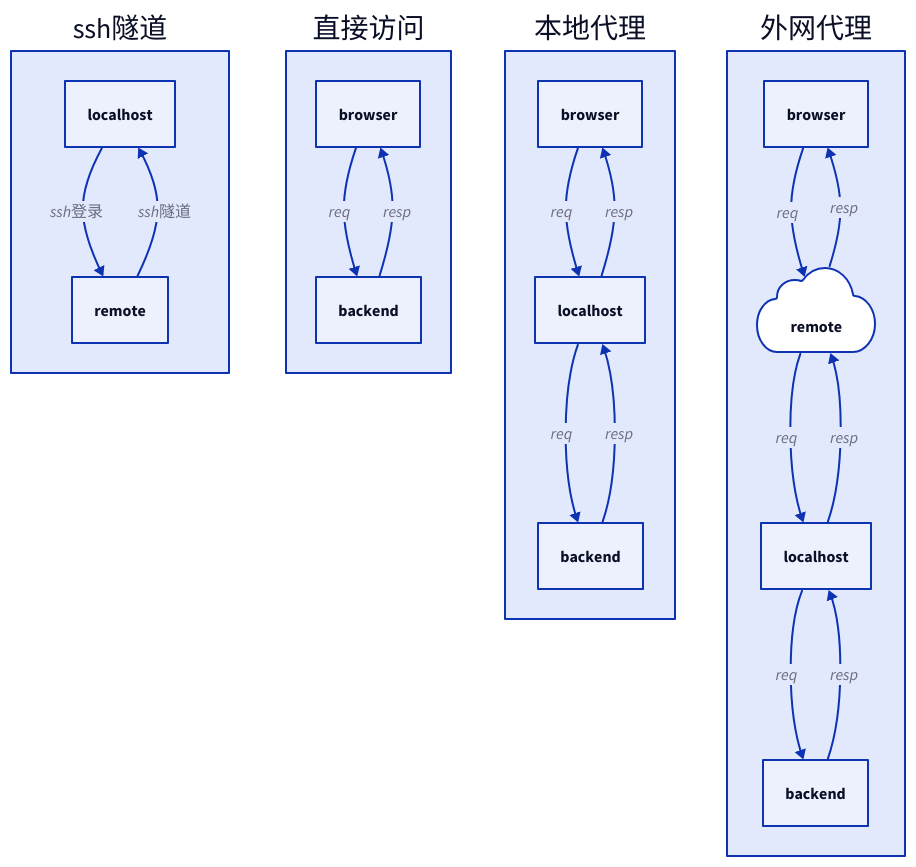
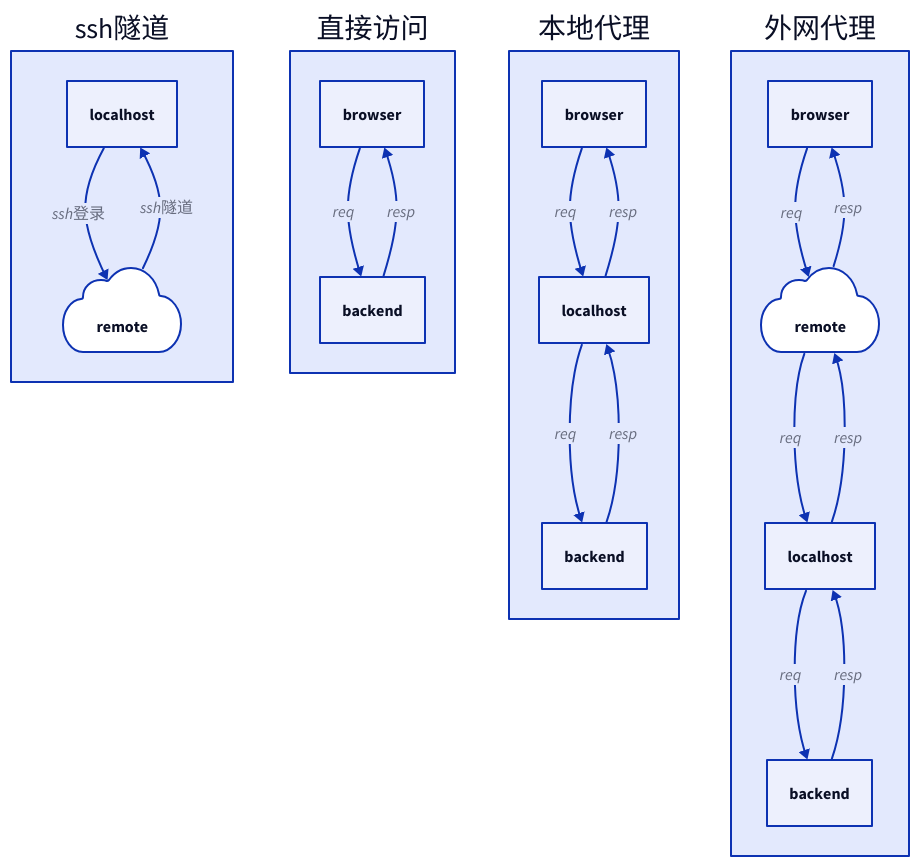
The diagram in flow.d2 (Crtrpt/Twinkle), drawn with D2 before and after one commit. The commit also changed 1 other file, not shown here.

```diff
--- a/flow.d2
+++ b/flow.d2
@@ -1,28 +1,29 @@
 ssh隧道:{
     localhost->remote:ssh登录
     remote->localhost:ssh隧道
+    remote.shape:cloud
 }
 
 直接访问:{
     browser->backend:req
     browser<-backend:resp
 }
 
 本地代理:{
     browser->localhost:req
     browser<-localhost:resp
     localhost->backend:req
     backend->localhost:resp
 }
 
 外网代理:{
     browser->remote:req
     browser<-remote:resp
     remote->localhost:req
     localhost->remote:resp
     localhost->backend:req
     backend->localhost:resp
 
 
     remote.shape:cloud
 }
```
